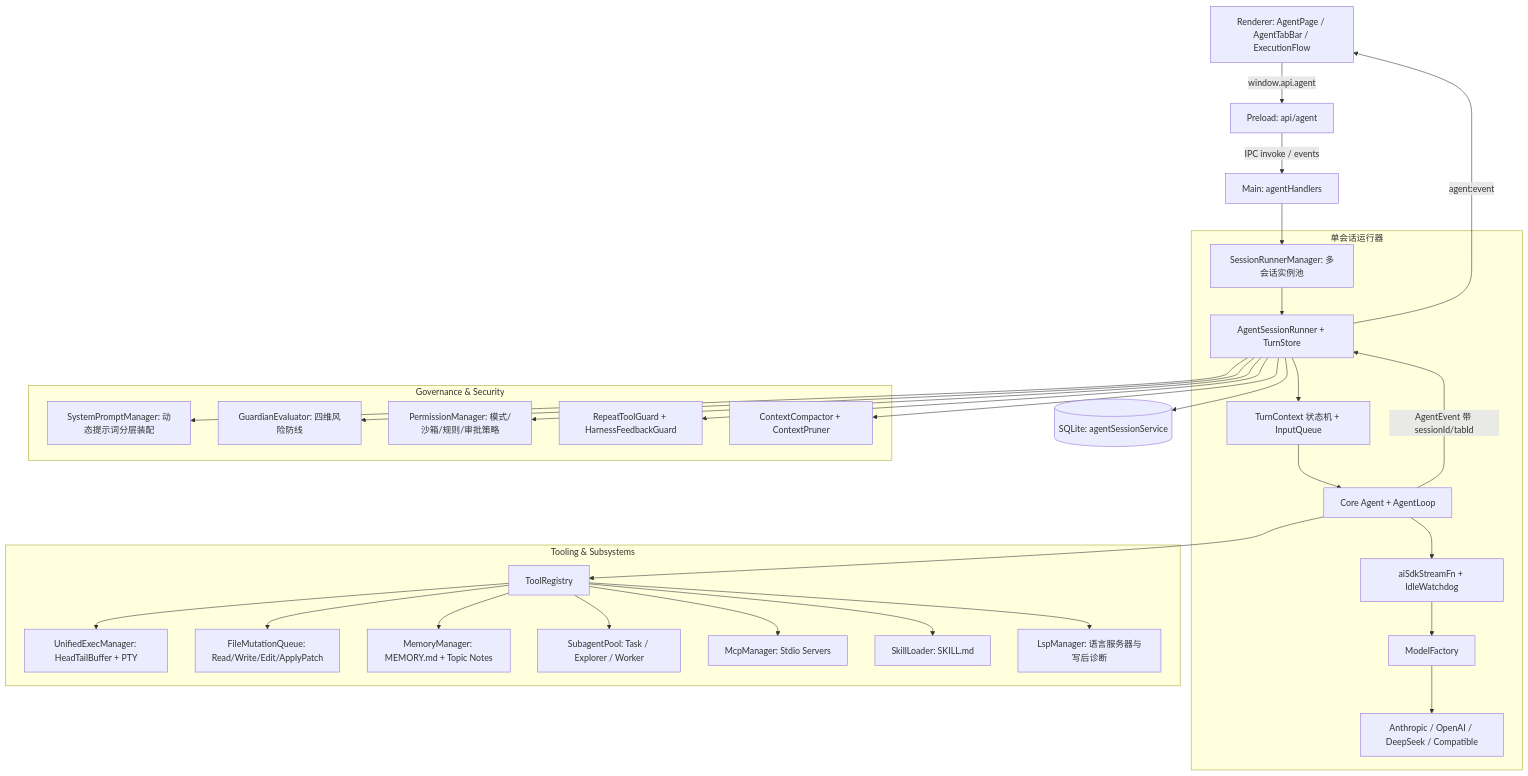
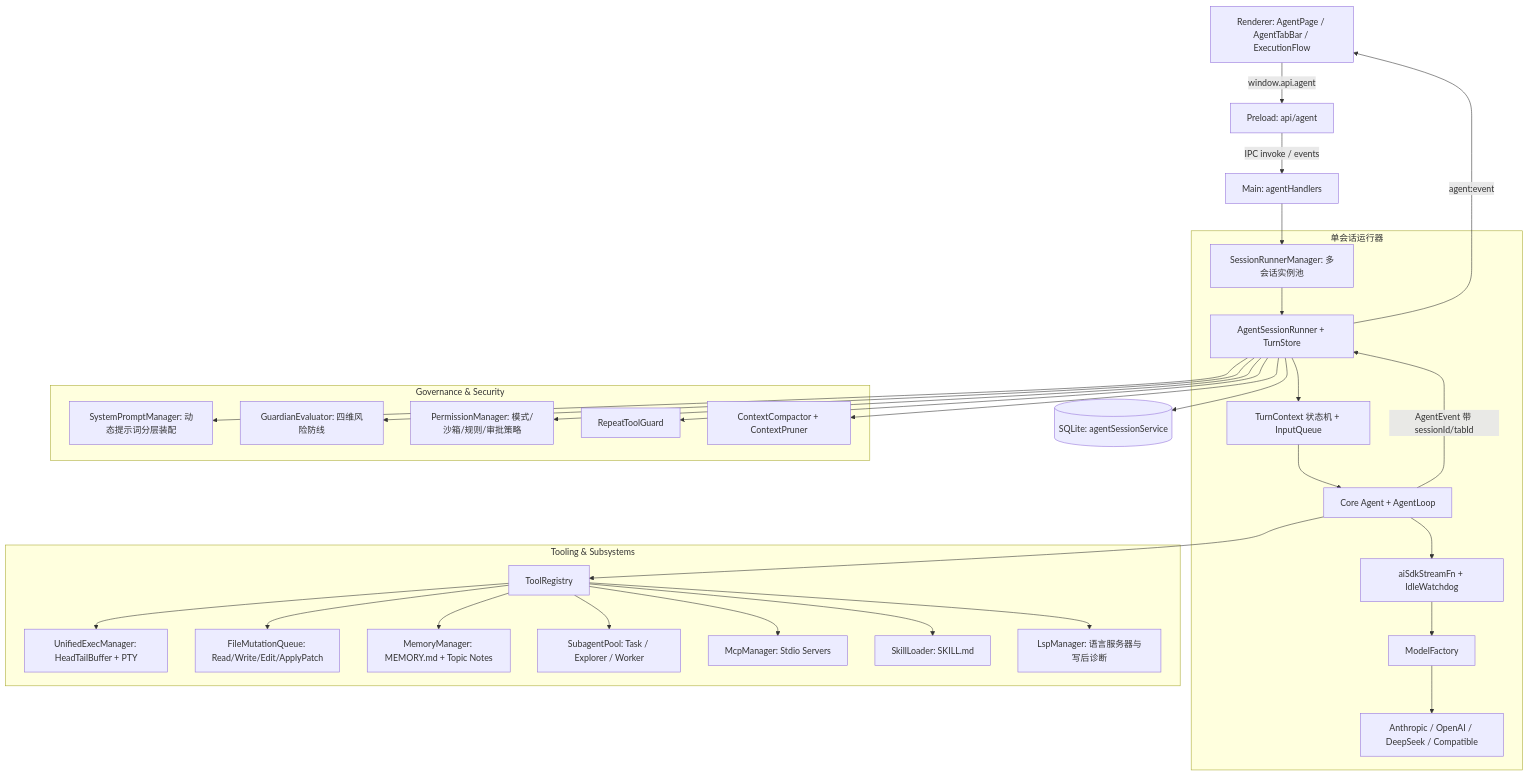
The diagram in docs/agent/architecture.md (yonah-lin111/lx-agent), drawn with Mermaid before and after one commit. The commit also changed other lines of this file and 18 other files, not shown here.

````diff
--- a/docs/agent/architecture.md
+++ b/docs/agent/architecture.md
@@ -21,38 +21,38 @@
 ```mermaid
 flowchart TD
     UI[Renderer: AgentPage / AgentTabBar / ExecutionFlow] -->|window.api.agent| Preload[Preload: api/agent]
     Preload -->|IPC invoke / events| IPC[Main: agentHandlers]
     IPC --> SRM[SessionRunnerManager: 多会话实例池]
 
     subgraph AgentSessionRunner [单会话运行器]
         SRM --> Runner[AgentSessionRunner + TurnStore]
         Runner --> TurnSM[TurnContext 状态机 + InputQueue]
         TurnSM --> AgentCore[Core Agent + AgentLoop]
         AgentCore --> Adapter[aiSdkStreamFn + IdleWatchdog]
         Adapter --> MF[ModelFactory]
         MF --> Providers[Anthropic / OpenAI / DeepSeek / Compatible]
     end
 
     subgraph Governance & Security
         Runner --> SPM[SystemPromptManager: 动态提示词分层装配]
         Runner --> Guardian[GuardianEvaluator: 四维风险防线]
         Runner --> Perm[PermissionManager: 模式/沙箱/规则/审批策略]
-        Runner --> Guard[RepeatToolGuard + HarnessFeedbackGuard]
+        Runner --> Guard[RepeatToolGuard]
         Runner --> Compaction[ContextCompactor + ContextPruner]
     end
 
     subgraph Tooling & Subsystems
         AgentCore --> Tools[ToolRegistry]
         Tools --> Exec[UnifiedExecManager: HeadTailBuffer + PTY]
         Tools --> FileOps[FileMutationQueue: Read/Write/Edit/ApplyPatch]
         Tools --> Memory[MemoryManager: MEMORY.md + Topic Notes]
         Tools --> Subagents[SubagentPool: Task / Explorer / Worker]
         Tools --> MCP[McpManager: Stdio Servers]
         Tools --> Skills[SkillLoader: SKILL.md]
         Tools --> LSP[LspManager: 语言服务器与写后诊断]
     end
 
     Runner --> DB[(SQLite: agentSessionService)]
     AgentCore -->|AgentEvent 带 sessionId/tabId| Runner
     Runner -->|agent:event| UI
 ```
````
